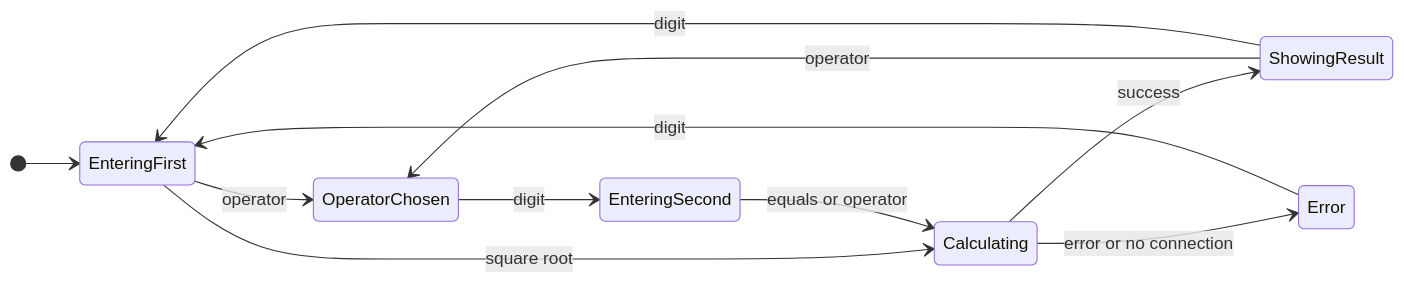
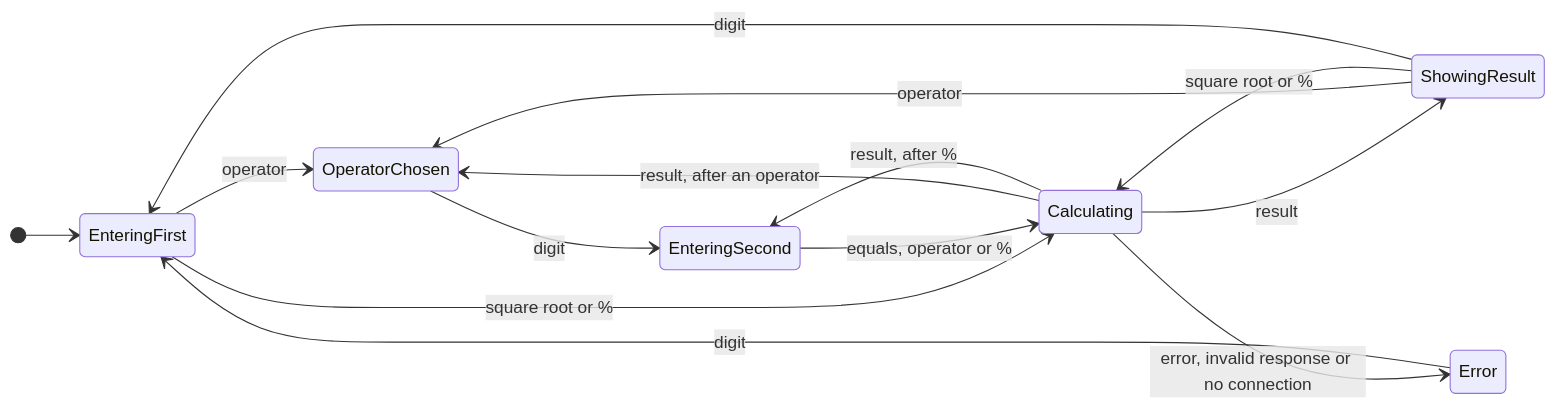
One commit to FurkanCodes/calculator changed the diagram in docs/frontend-design.md. Above: the diagram before and after it, drawn with Mermaid. The commit also changed other lines of this file and 26 other files, not shown here.

````diff
--- a/docs/frontend-design.md
+++ b/docs/frontend-design.md
@@ -19,14 +19,17 @@
 ```mermaid
 stateDiagram-v2
     direction LR
     [*] --> EnteringFirst
     EnteringFirst --> OperatorChosen: operator
-    EnteringFirst --> Calculating: square root
+    EnteringFirst --> Calculating: square root or %
     OperatorChosen --> EnteringSecond: digit
-    EnteringSecond --> Calculating: equals or operator
-    Calculating --> ShowingResult: success
-    Calculating --> Error: error or no connection
+    EnteringSecond --> Calculating: equals, operator or %
+    Calculating --> ShowingResult: result
+    Calculating --> OperatorChosen: result, after an operator
+    Calculating --> EnteringSecond: result, after %
+    Calculating --> Error: error, invalid response or no connection
     ShowingResult --> OperatorChosen: operator
+    ShowingResult --> Calculating: square root or %
     ShowingResult --> EnteringFirst: digit
     Error --> EnteringFirst: digit
 ```
````
